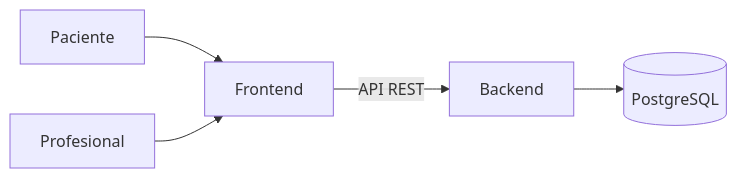
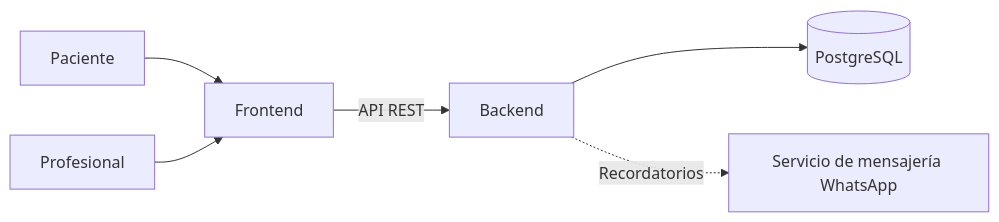
One commit to Arteok/TPFinal-Grupo-155 changed the diagram in docs/ARQUITECTURA.md. Above: the diagram before and after it, drawn with Mermaid. The commit also changed other lines of this file and 6 other files, not shown here.

````diff
--- a/docs/ARQUITECTURA.md
+++ b/docs/ARQUITECTURA.md
@@ -11,7 +17,10 @@
 ```mermaid
 flowchart LR
     P[Paciente] --> F[Frontend]
     PR[Profesional] --> F
+
     F -->|API REST| B[Backend]
     B --> D[(PostgreSQL)]
+
+    B -.->|Recordatorios| W[Servicio de mensajería WhatsApp]
 ```
````
